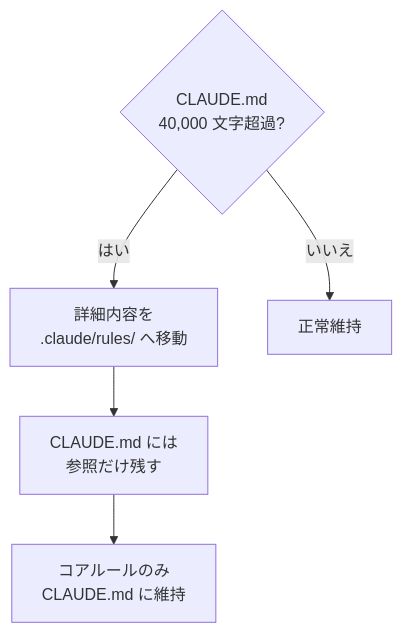
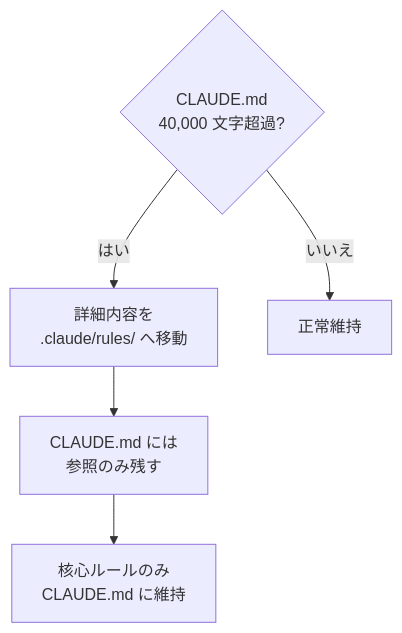
Before and after one commit to modu-ai/moai-adk: the third of 4 diagrams in docs-site/content/ja/advanced/claude-md-guide.md, drawn with Mermaid. The commit also changed other lines of this file and 180 other files, not shown here.

````diff
--- a/docs-site/content/ja/advanced/claude-md-guide.md
+++ b/docs-site/content/ja/advanced/claude-md-guide.md
@@ -261,10 +262,10 @@
 ```mermaid
 flowchart TD
     CHECK{"CLAUDE.md<br>40,000 文字超過?"}
 
     CHECK -->|はい| MOVE["詳細内容を<br>.claude/rules/ へ移動"]
     CHECK -->|いいえ| OK["正常維持"]
 
-    MOVE --> REF["CLAUDE.md には<br>参照だけ残す"]
-    REF --> SLIM["コアルールのみ<br>CLAUDE.md に維持"]
+    MOVE --> REF["CLAUDE.md には<br>参照のみ残す"]
+    REF --> SLIM["核心ルールのみ<br>CLAUDE.md に維持"]
 ```
````
